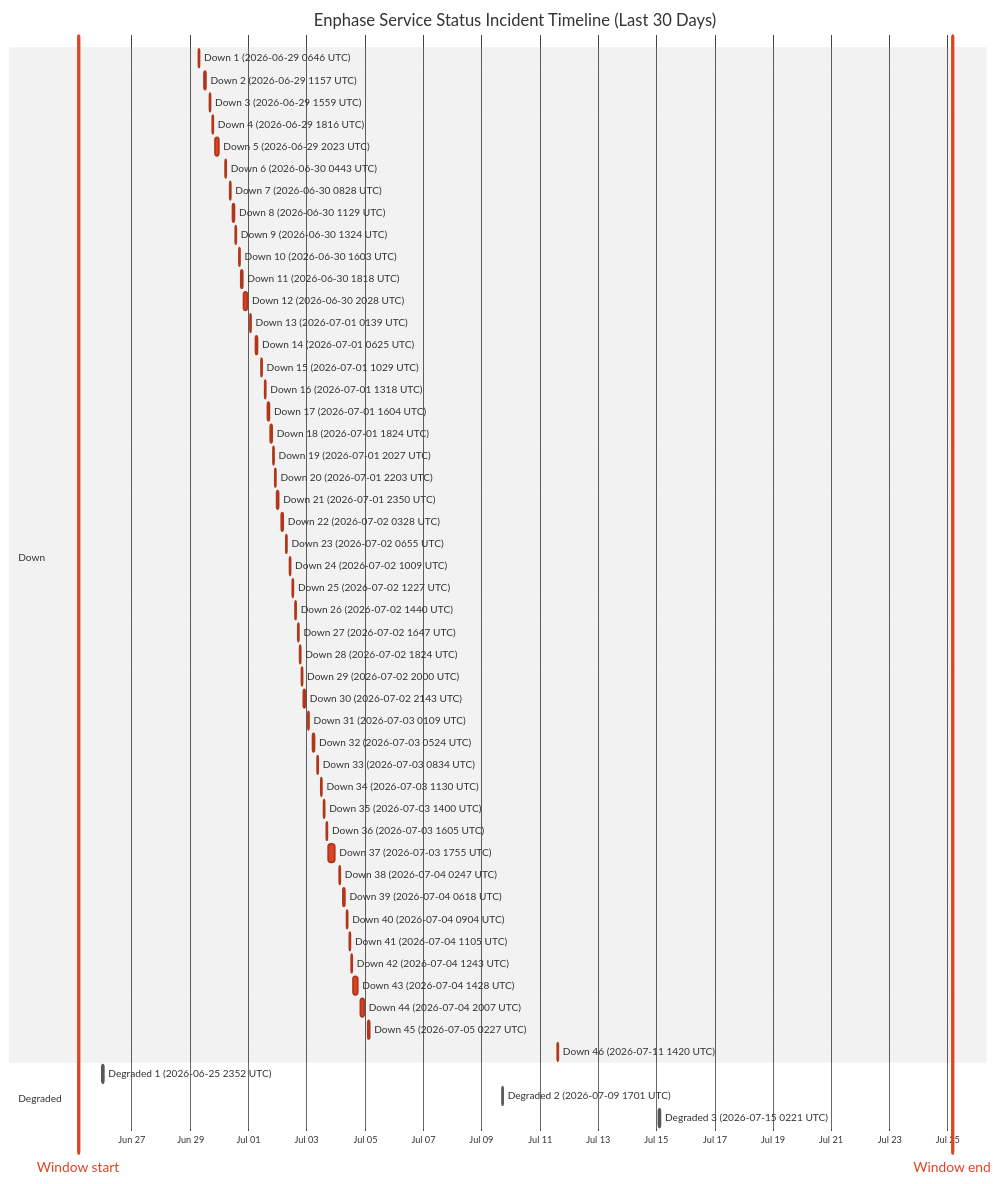
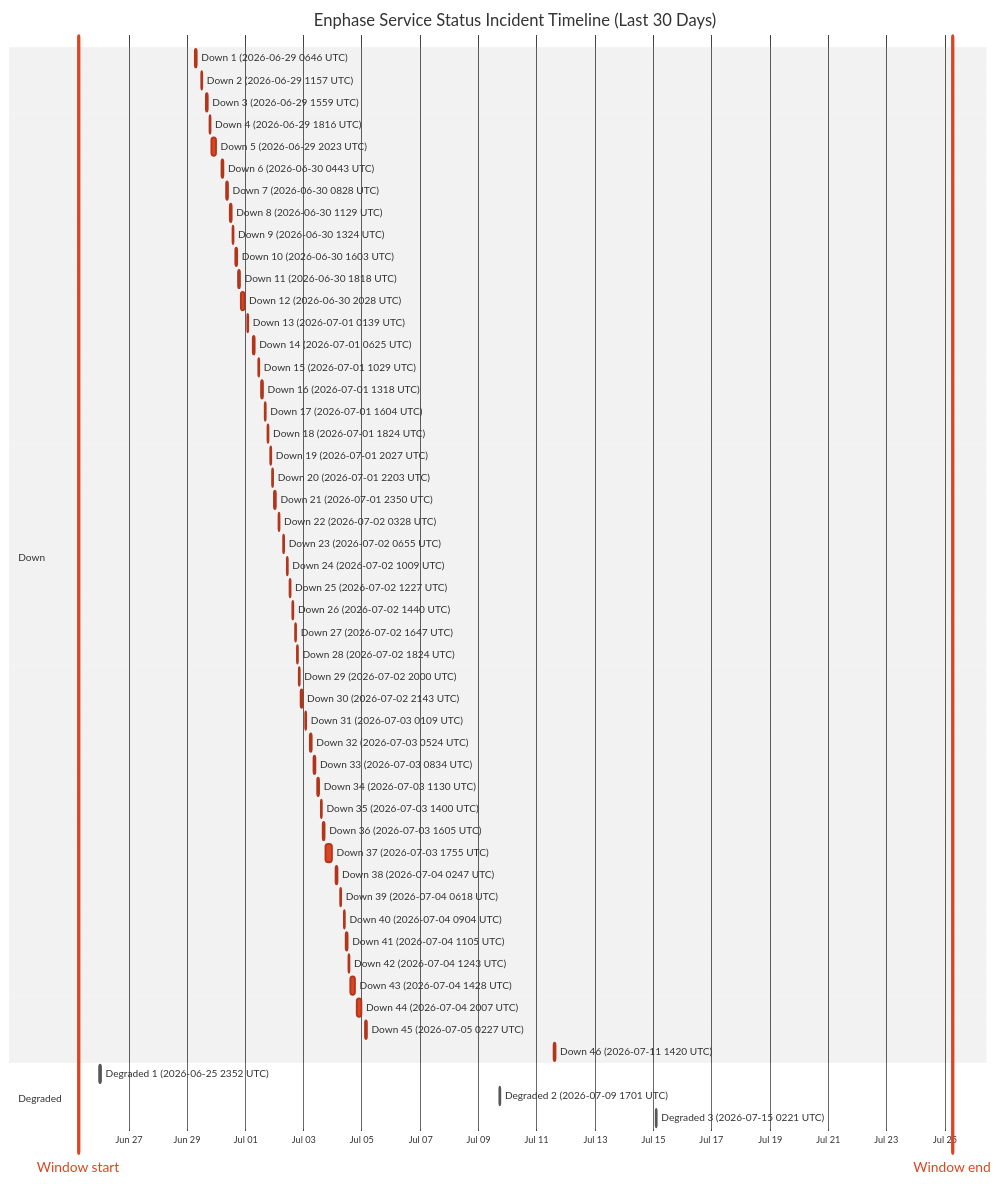
The diagram in wiki/Service-Status-History.md (barneyonline/ha-enphase-energy), drawn with Mermaid (neutral theme) before and after one commit. The commit also changed other lines of this file and 3 other files, not shown here.

````diff
--- a/wiki/Service-Status-History.md
+++ b/wiki/Service-Status-History.md
@@ -14,59 +14,59 @@
 ```mermaid
 gantt
     title Enphase Service Status Incident Timeline (Last 30 Days)
     dateFormat  YYYY-MM-DDTHH:mm:ss
     axisFormat  %b %d
-    Window start :vert, window-start, 2026-06-25T03:47:40, 0ms
-    Window end :vert, window-end, 2026-07-25T03:47:40, 0ms
+    Window start :vert, window-start, 2026-06-25T06:16:14, 0ms
+    Window end :vert, window-end, 2026-07-25T06:16:14, 0ms
     section Down
     Down 1 (2026-06-29 0646 UTC) :crit, down-1, 2026-06-29T06:46:18, 60m
     Down 2 (2026-06-29 1157 UTC) :crit, down-2, 2026-06-29T11:57:36, 60m
     Down 3 (2026-06-29 1559 UTC) :crit, down-3, 2026-06-29T15:59:02, 60m
     Down 4 (2026-06-29 1816 UTC) :crit, down-4, 2026-06-29T18:16:38, 60m
     Down 5 (2026-06-29 2023 UTC) :crit, down-5, 2026-06-29T20:23:16, 220m
     Down 6 (2026-06-30 0443 UTC) :crit, down-6, 2026-06-30T04:43:54, 60m
     Down 7 (2026-06-30 0828 UTC) :crit, down-7, 2026-06-30T08:28:43, 60m
     Down 8 (2026-06-30 1129 UTC) :crit, down-8, 2026-06-30T11:29:15, 60m
     Down 9 (2026-06-30 1324 UTC) :crit, down-9, 2026-06-30T13:24:25, 60m
     Down 10 (2026-06-30 1603 UTC) :crit, down-10, 2026-06-30T16:03:26, 60m
     Down 11 (2026-06-30 1818 UTC) :crit, down-11, 2026-06-30T18:18:39, 60m
     Down 12 (2026-06-30 2028 UTC) :crit, down-12, 2026-06-30T20:28:54, 171m
     Down 13 (2026-07-01 0139 UTC) :crit, down-13, 2026-07-01T01:39:18, 60m
     Down 14 (2026-07-01 0625 UTC) :crit, down-14, 2026-07-01T06:25:35, 60m
     Down 15 (2026-07-01 1029 UTC) :crit, down-15, 2026-07-01T10:29:24, 60m
     Down 16 (2026-07-01 1318 UTC) :crit, down-16, 2026-07-01T13:18:31, 60m
     Down 17 (2026-07-01 1604 UTC) :crit, down-17, 2026-07-01T16:04:29, 60m
     Down 18 (2026-07-01 1824 UTC) :crit, down-18, 2026-07-01T18:24:21, 60m
     Down 19 (2026-07-01 2027 UTC) :crit, down-19, 2026-07-01T20:27:17, 60m
     Down 20 (2026-07-01 2203 UTC) :crit, down-20, 2026-07-01T22:03:46, 60m
     Down 21 (2026-07-01 2350 UTC) :crit, down-21, 2026-07-01T23:50:52, 60m
     Down 22 (2026-07-02 0328 UTC) :crit, down-22, 2026-07-02T03:28:33, 60m
     Down 23 (2026-07-02 0655 UTC) :crit, down-23, 2026-07-02T06:55:07, 60m
     Down 24 (2026-07-02 1009 UTC) :crit, down-24, 2026-07-02T10:09:15, 60m
     Down 25 (2026-07-02 1227 UTC) :crit, down-25, 2026-07-02T12:27:49, 60m
     Down 26 (2026-07-02 1440 UTC) :crit, down-26, 2026-07-02T14:40:53, 60m
     Down 27 (2026-07-02 1647 UTC) :crit, down-27, 2026-07-02T16:47:47, 60m
     Down 28 (2026-07-02 1824 UTC) :crit, down-28, 2026-07-02T18:24:26, 60m
     Down 29 (2026-07-02 2000 UTC) :crit, down-29, 2026-07-02T20:00:57, 60m
     Down 30 (2026-07-02 2143 UTC) :crit, down-30, 2026-07-02T21:43:52, 80m
     Down 31 (2026-07-03 0109 UTC) :crit, down-31, 2026-07-03T01:09:19, 60m
     Down 32 (2026-07-03 0524 UTC) :crit, down-32, 2026-07-03T05:24:23, 60m
     Down 33 (2026-07-03 0834 UTC) :crit, down-33, 2026-07-03T08:34:05, 60m
     Down 34 (2026-07-03 1130 UTC) :crit, down-34, 2026-07-03T11:30:41, 60m
     Down 35 (2026-07-03 1400 UTC) :crit, down-35, 2026-07-03T14:00:48, 60m
     Down 36 (2026-07-03 1605 UTC) :crit, down-36, 2026-07-03T16:05:49, 60m
     Down 37 (2026-07-03 1755 UTC) :crit, down-37, 2026-07-03T17:55:54, 338m
     Down 38 (2026-07-04 0247 UTC) :crit, down-38, 2026-07-04T02:47:22, 60m
     Down 39 (2026-07-04 0618 UTC) :crit, down-39, 2026-07-04T06:18:09, 60m
     Down 40 (2026-07-04 0904 UTC) :crit, down-40, 2026-07-04T09:04:41, 60m
     Down 41 (2026-07-04 1105 UTC) :crit, down-41, 2026-07-04T11:05:21, 60m
     Down 42 (2026-07-04 1243 UTC) :crit, down-42, 2026-07-04T12:43:25, 60m
     Down 43 (2026-07-04 1428 UTC) :crit, down-43, 2026-07-04T14:28:07, 243m
     Down 44 (2026-07-04 2007 UTC) :crit, down-44, 2026-07-04T20:07:50, 206m
     Down 45 (2026-07-05 0227 UTC) :crit, down-45, 2026-07-05T02:27:32, 109m
     Down 46 (2026-07-11 1420 UTC) :crit, down-46, 2026-07-11T14:20:54, 69m
     section Degraded
     Degraded 1 (2026-06-25 2352 UTC) :active, degraded-1, 2026-06-25T23:52:01, 60m
     Degraded 2 (2026-07-09 1701 UTC) :active, degraded-2, 2026-07-09T17:01:02, 60m
     Degraded 3 (2026-07-15 0221 UTC) :active, degraded-3, 2026-07-15T02:21:35, 60m
 ```
````
